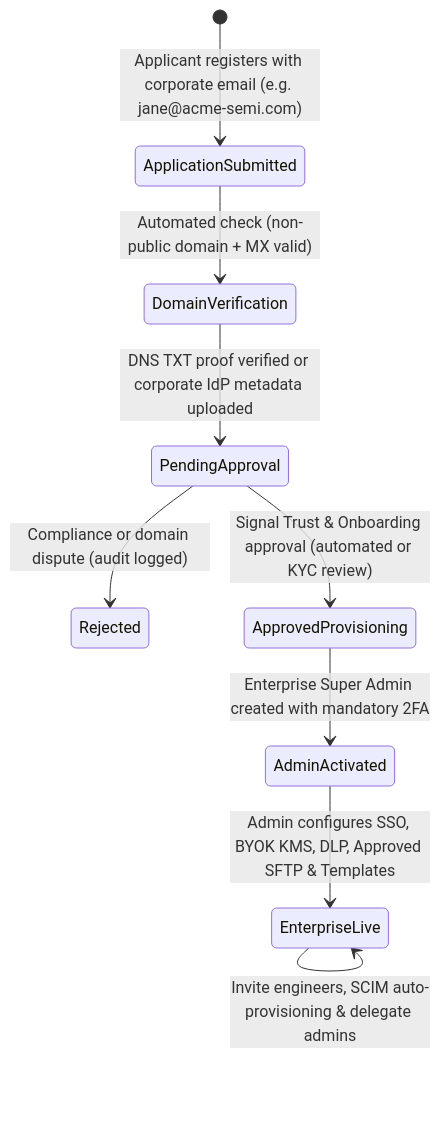
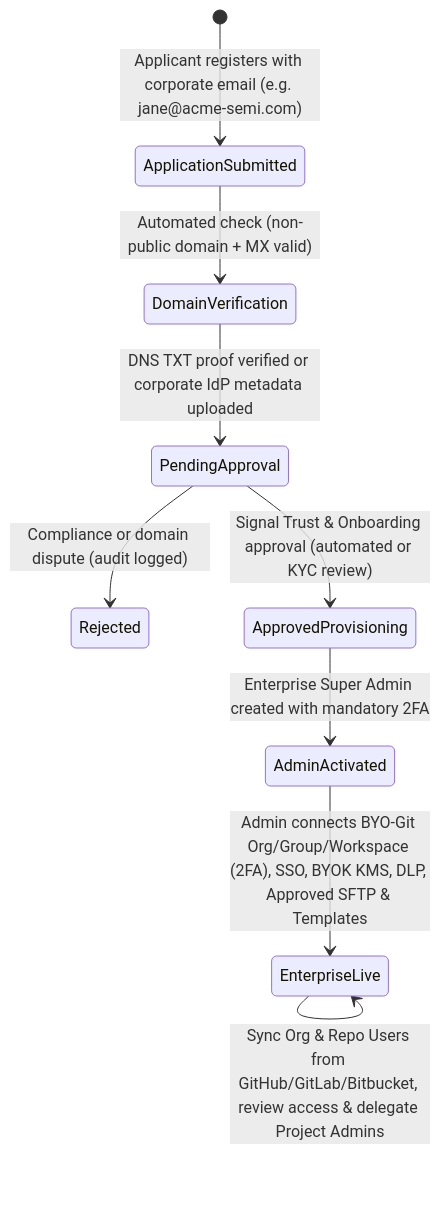
Before and after one commit to the-code-master/signal: the first of 2 diagrams in architecture/08-identity-enterprise-and-project-model.md, drawn with Mermaid. The commit also changed other lines of this file and 10 other files, not shown here.

Commit message:
docs: add GitHub/GitLab/Bitbucket Org+Repo user auth, Admin Access Review, and prefixed multi-repo-per-project model

````diff
--- a/architecture/08-identity-enterprise-and-project-model.md
+++ b/architecture/08-identity-enterprise-and-project-model.md
@@ -21,11 +21,11 @@
 ```mermaid
 stateDiagram-v2
     [*] --> ApplicationSubmitted: Applicant registers with corporate email (e.g. jane@acme-semi.com)
     ApplicationSubmitted --> DomainVerification: Automated check (non-public domain + MX valid)
     DomainVerification --> PendingApproval: DNS TXT proof verified or corporate IdP metadata uploaded
     PendingApproval --> Rejected: Compliance or domain dispute (audit logged)
     PendingApproval --> ApprovedProvisioning: Signal Trust & Onboarding approval (automated or KYC review)
     ApprovedProvisioning --> AdminActivated: Enterprise Super Admin created with mandatory 2FA
-    AdminActivated --> EnterpriseLive: Admin configures SSO, BYOK KMS, DLP, Approved SFTP & Templates
-    EnterpriseLive --> EnterpriseLive: Invite engineers, SCIM auto-provisioning & delegate admins
+    AdminActivated --> EnterpriseLive: Admin connects BYO-Git Org/Group/Workspace (2FA), SSO, BYOK KMS, DLP, Approved SFTP & Templates
+    EnterpriseLive --> EnterpriseLive: Sync Org & Repo Users from GitHub/GitLab/Bitbucket, review access & delegate Project Admins
 ```
````
